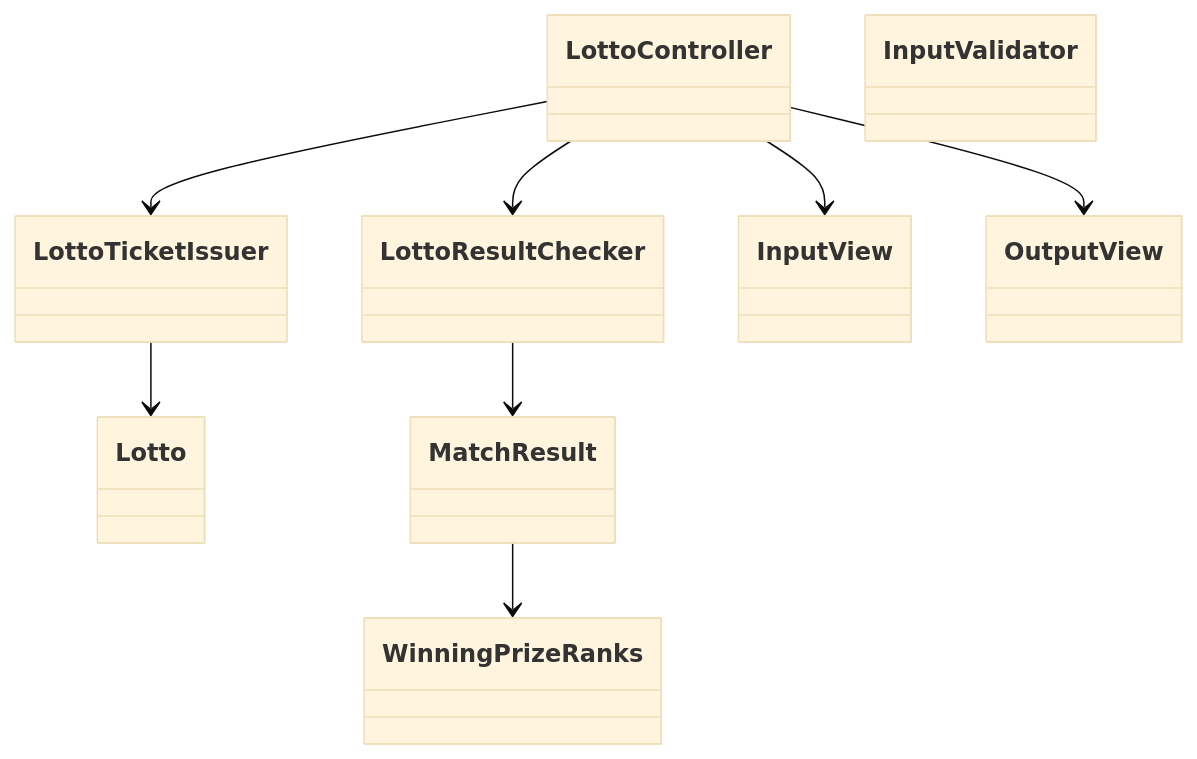
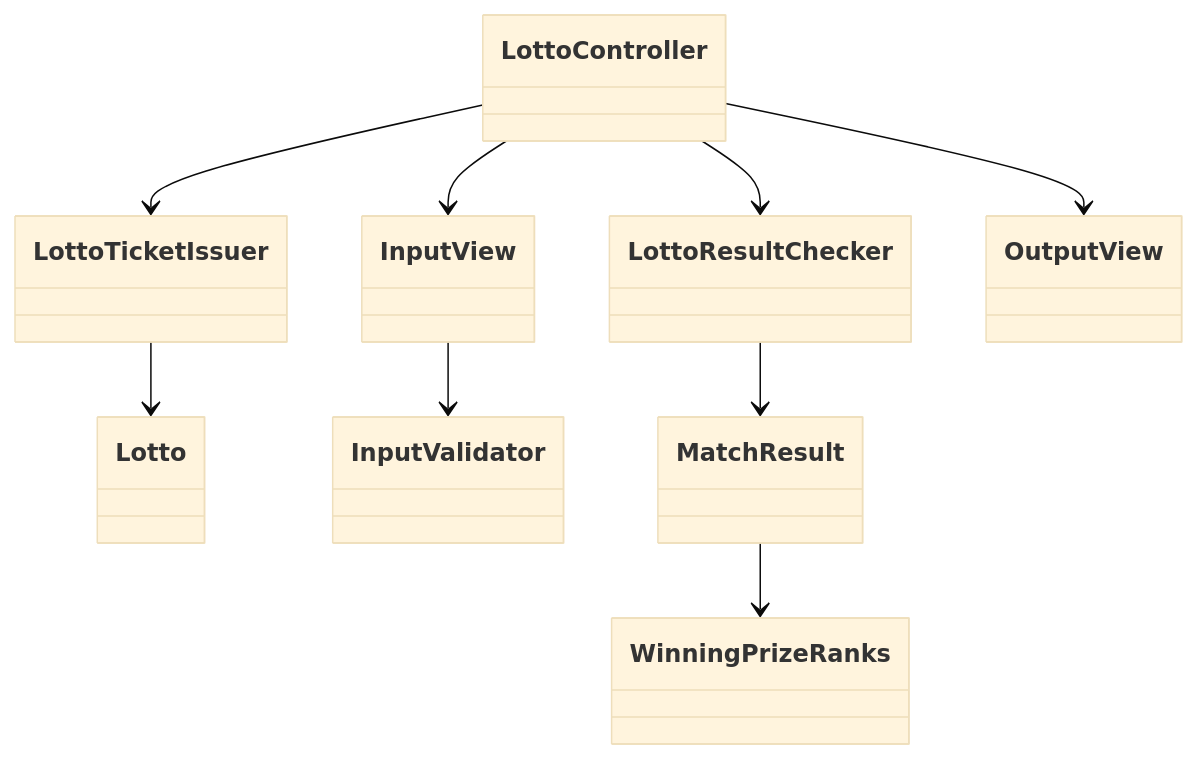
One commit to hhes0225/kotlin-lotto-precourse changed the first of 2 diagrams in README.md. Above: the diagram before and after it, drawn with Mermaid (base theme). The commit also changed other lines of this file, not shown here.

Commit message:
docs: edit formula markdown and class diagram

````diff
--- a/README.md
+++ b/README.md
@@ -134,20 +138,21 @@
 ```mermaid
 classDiagram
     class Lotto
     class LottoController
     class LottoTicketIssuer
     class LottoResultChecker
     class InputView
     class OutputView
     class InputValidator
     class MatchResult
     class WinningPrizeRanks
 
     LottoController --> LottoTicketIssuer
     LottoController --> LottoResultChecker
     LottoController --> InputView
+    InputView --> InputValidator
     LottoController --> OutputView
     LottoTicketIssuer --> Lotto
     LottoResultChecker --> MatchResult
     MatchResult --> WinningPrizeRanks
 ```
````
